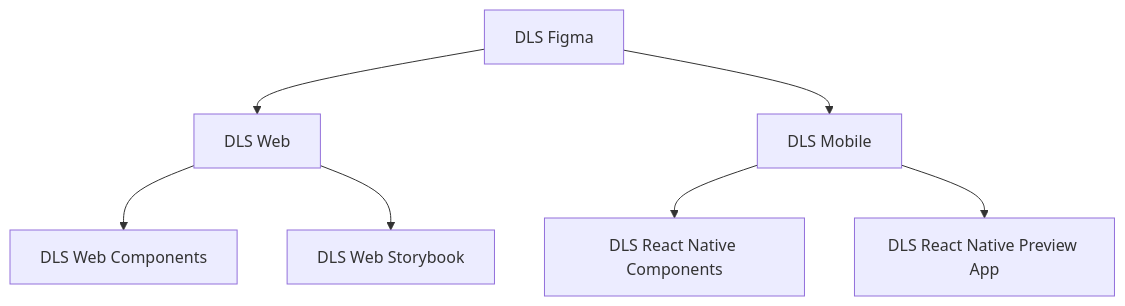
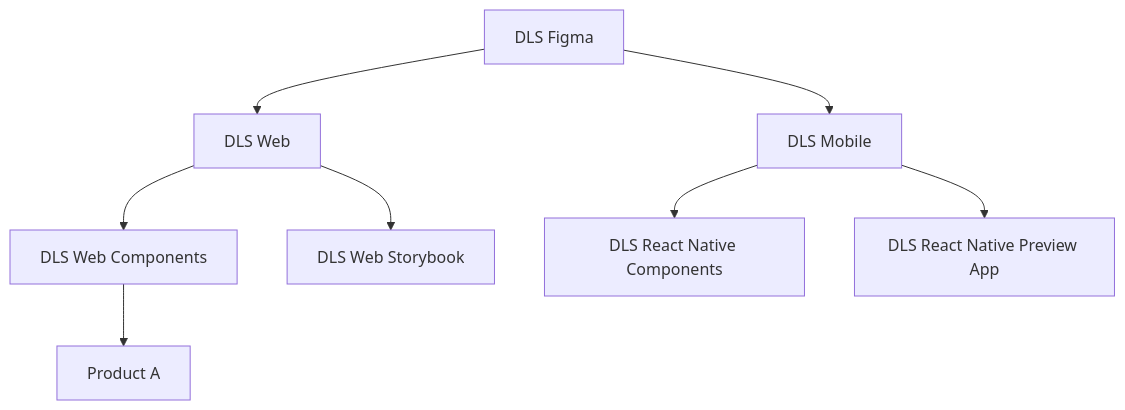
The diagram in assets/content/projects/project-DLS.mdx (sudhir4ev/commitd), drawn with Mermaid before and after one commit. The commit also changed other lines of this file, not shown here.

````diff
--- a/assets/content/projects/project-DLS.mdx
+++ b/assets/content/projects/project-DLS.mdx
@@ -46,9 +44,10 @@
 ```mermaid
 flowchart TD
     A[DLS Figma] --> B[DLS Web]
     A[DLS Figma] --> C[DLS Mobile]
     B --> D[DLS Web Components]
     C --> E[DLS React Native Components]
     B --> H[DLS Web Storybook]
     C --> I[DLS React Native Preview App]
+    D --> J[Product A]
 ```
````
